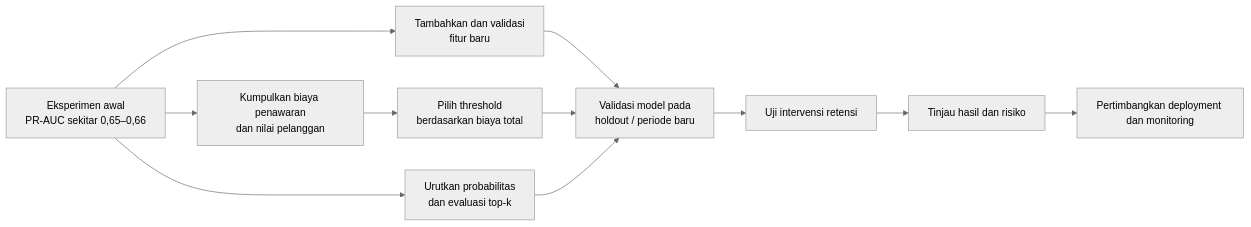
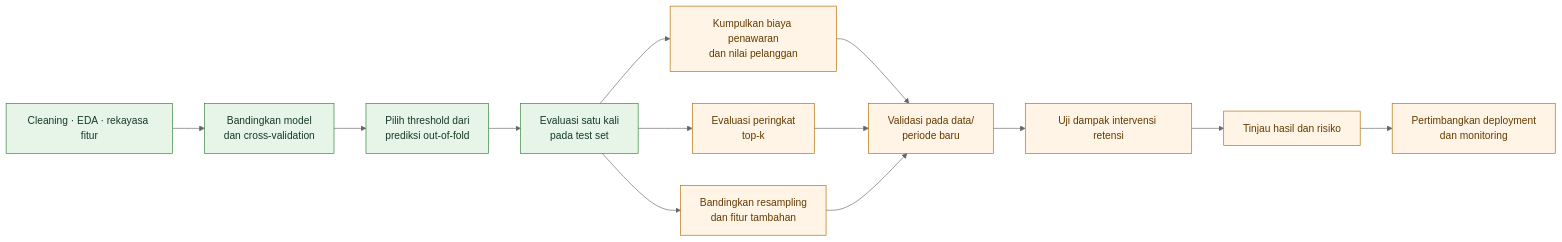
One commit to carlos1739/analisis_telco changed the third of 3 diagrams in README.md. Above: the diagram before and after it, drawn with Mermaid (neutral theme). The commit also changed other lines of this file, not shown here.

First line of the commit message:
Revise README for model evaluation and next steps

````diff
--- a/README.md
+++ b/README.md
@@ -494,13 +494,19 @@
 ```mermaid
 flowchart LR
-    A["Eksperimen awal<br/>PR-AUC sekitar 0,65–0,66"] --> B["Kumpulkan biaya penawaran<br/>dan nilai pelanggan"]
-    A --> C["Tambahkan dan validasi<br/>fitur baru"]
-    B --> D["Pilih threshold<br/>berdasarkan biaya total"]
-    A --> E["Urutkan probabilitas<br/>dan evaluasi top-k"]
-    C --> F["Validasi model pada<br/>holdout / periode baru"]
-    D --> F
-    E --> F
-    F --> G["Uji intervensi retensi"]
-    G --> H["Tinjau hasil dan risiko"]
-    H --> I["Pertimbangkan deployment dan monitoring"]
+    A["Cleaning · EDA · rekayasa fitur"] --> B["Bandingkan model<br/>dan cross-validation"]
+    B --> C["Pilih threshold dari<br/>prediksi out-of-fold"]
+    C --> D["Evaluasi satu kali<br/>pada test set"]
+    D --> E["Kumpulkan biaya penawaran<br/>dan nilai pelanggan"]
+    D --> F["Evaluasi peringkat<br/>top-k"]
+    D --> G["Bandingkan resampling<br/>dan fitur tambahan"]
+    E --> H["Validasi pada data/<br/>periode baru"]
+    F --> H
+    G --> H
+    H --> I["Uji dampak intervensi retensi"]
+    I --> J["Tinjau hasil dan risiko"]
+    J --> K["Pertimbangkan deployment<br/>dan monitoring"]
+    classDef done fill:#e7f5e9,stroke:#2e7d32,color:#183b20
+    classDef next fill:#fff4e5,stroke:#b26a00,color:#633b00
+    class A,B,C,D done
+    class E,F,G,H,I,J,K next
 ```
````
